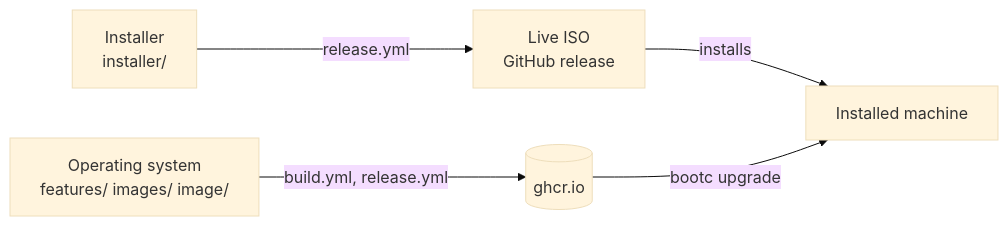
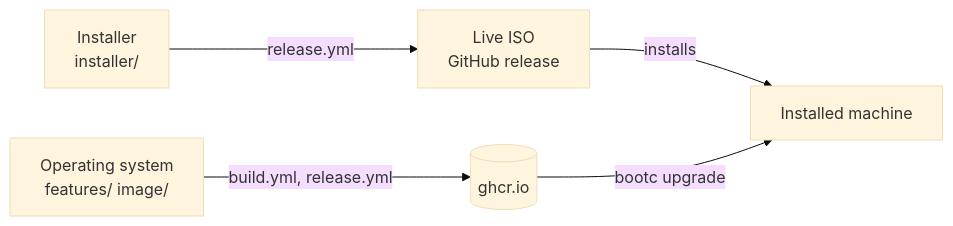
The diagram in README.md (LucaRickli/fedora-bootc), drawn with Mermaid (base theme) before and after one commit. The commit also changed other lines of this file and 53 other files, not shown here.

````diff
--- a/README.md
+++ b/README.md
@@ -12,7 +12,7 @@
 ```mermaid
 flowchart LR
-    os["Operating system<br/>features/ images/ image/"] -- "build.yml, release.yml" --> ghcr[("ghcr.io")]
+    os["Operating system<br/>features/ image/"] -- "build.yml, release.yml" --> ghcr[("ghcr.io")]
     ins["Installer<br/>installer/"] -- "release.yml" --> iso["Live ISO<br/>GitHub release"]
     iso -- "installs" --> pc["Installed machine"]
     ghcr -- "bootc upgrade" --> pc
 ```
````
